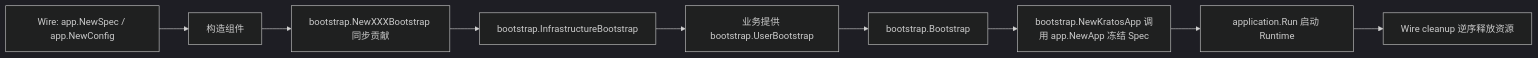
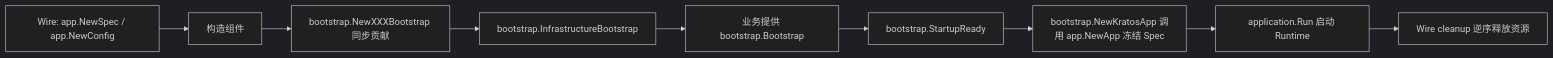
One commit to jaggerzhuang1994/kratos-foundation changed the second of 2 diagrams in README.md. Above: the diagram before and after it, drawn with Mermaid (dark theme). The commit also changed other lines of this file and 87 other files, not shown here.

````diff
--- a/README.md
+++ b/README.md
@@ -85,11 +85,11 @@
 ```mermaid
 flowchart LR
     A[Wire: app.NewSpec / app.NewConfig] --> B[构造组件]
     B --> C[bootstrap.NewXXXBootstrap 同步贡献]
     C --> D[bootstrap.InfrastructureBootstrap]
-    D --> U[业务提供 bootstrap.UserBootstrap]
-    U --> V[bootstrap.Bootstrap]
+    D --> U[业务提供 bootstrap.Bootstrap]
+    U --> V[bootstrap.StartupReady]
     V --> E[bootstrap.NewKratosApp 调用 app.NewApp 冻结 Spec]
     E --> F[application.Run 启动 Runtime]
     F --> G[Wire cleanup 逆序释放资源]
 ```
````
